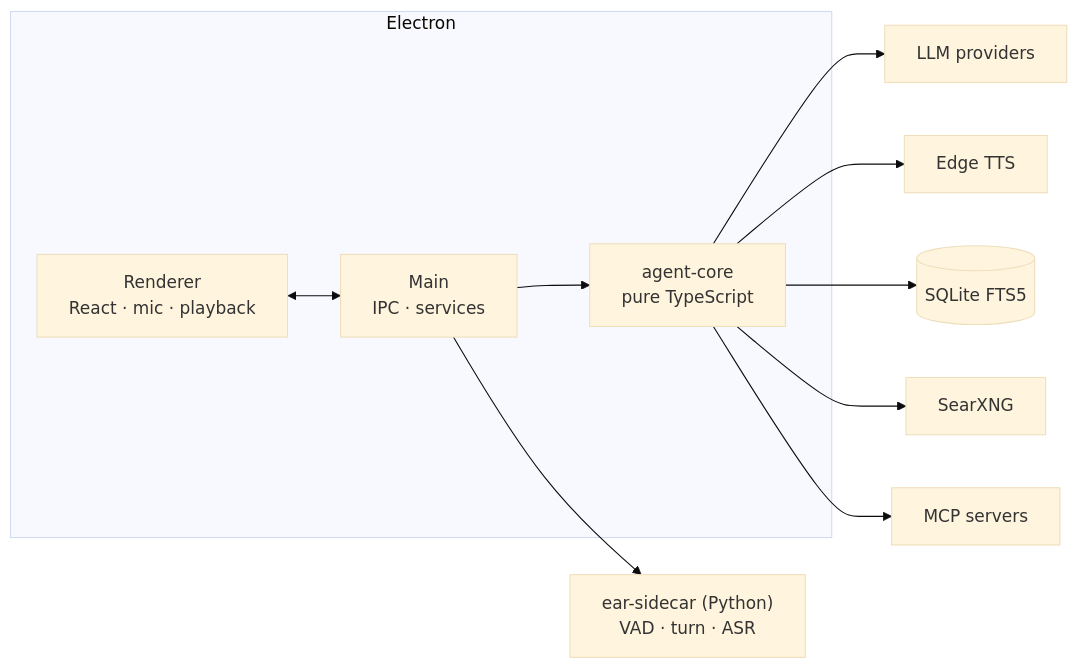
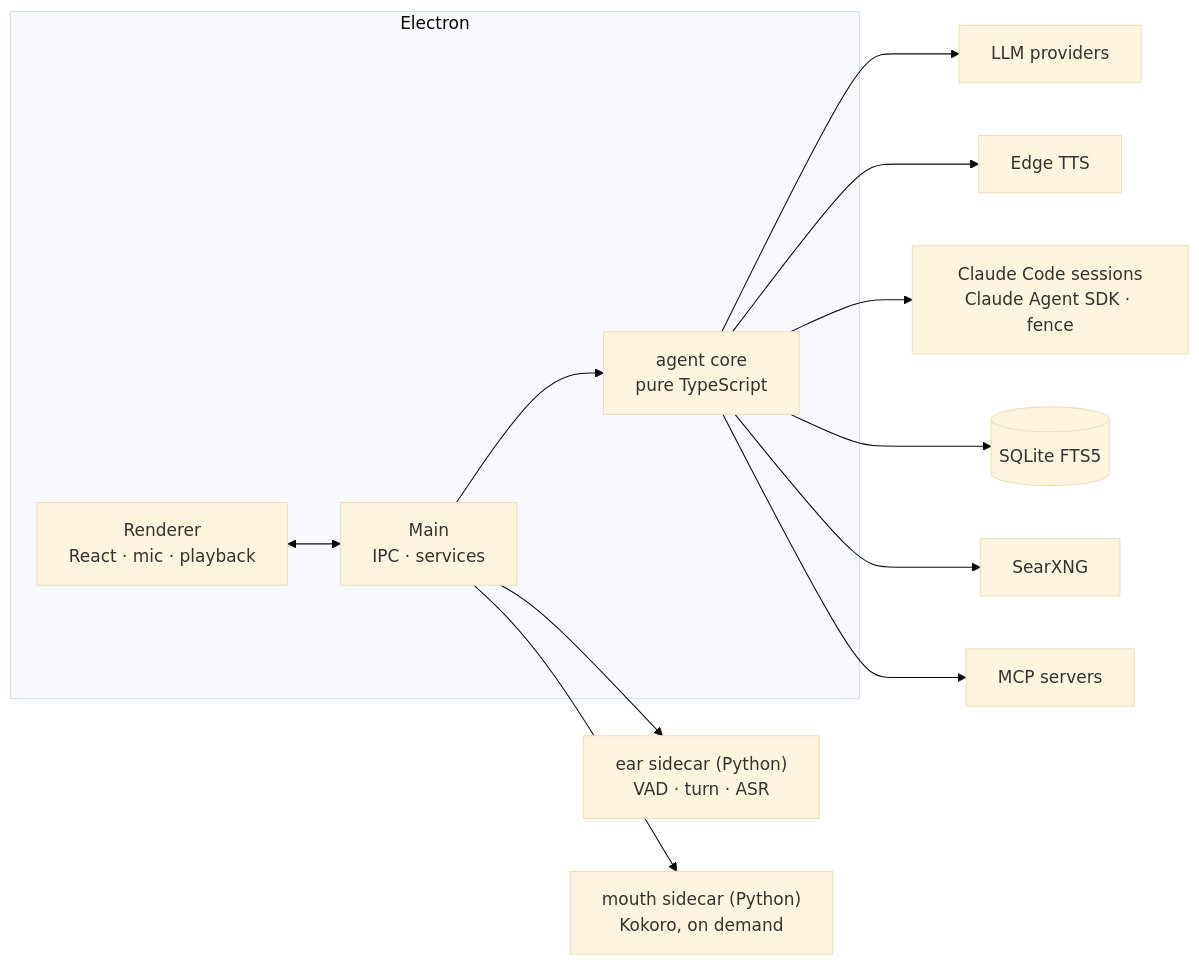
One commit to nodeblackbox/voice-agent-harness changed the second of 2 diagrams in README.md. Above: the diagram before and after it, drawn with Mermaid (base theme). The commit also changed other lines of this file and 17 other files, not shown here.

First line of the commit message:
README and docs for the Claude Code harness; demo GIF, poster and screenshots; setup and extension guides

````diff
--- a/README.md
+++ b/README.md
@@ -61,13 +140,15 @@
 ```mermaid
 flowchart LR
   subgraph Electron
     R["Renderer<br/>React · mic · playback"] <--> M["Main<br/>IPC · services"]
-    M --> C["agent-core<br/>pure TypeScript"]
+    M --> C["agent core<br/>pure TypeScript"]
   end
   C --> LLM["LLM providers"]
   C --> TTS["Edge TTS"]
+  C --> CC["Claude Code sessions<br/>Claude Agent SDK · fence"]
   C --> DB[("SQLite FTS5")]
   C --> SX["SearXNG"]
   C --> MCP["MCP servers"]
-  M --> EAR["ear-sidecar (Python)<br/>VAD · turn · ASR"]
+  M --> EAR["ear sidecar (Python)<br/>VAD · turn · ASR"]
+  M --> MOUTH["mouth sidecar (Python)<br/>Kokoro, on demand"]
 ```
````
